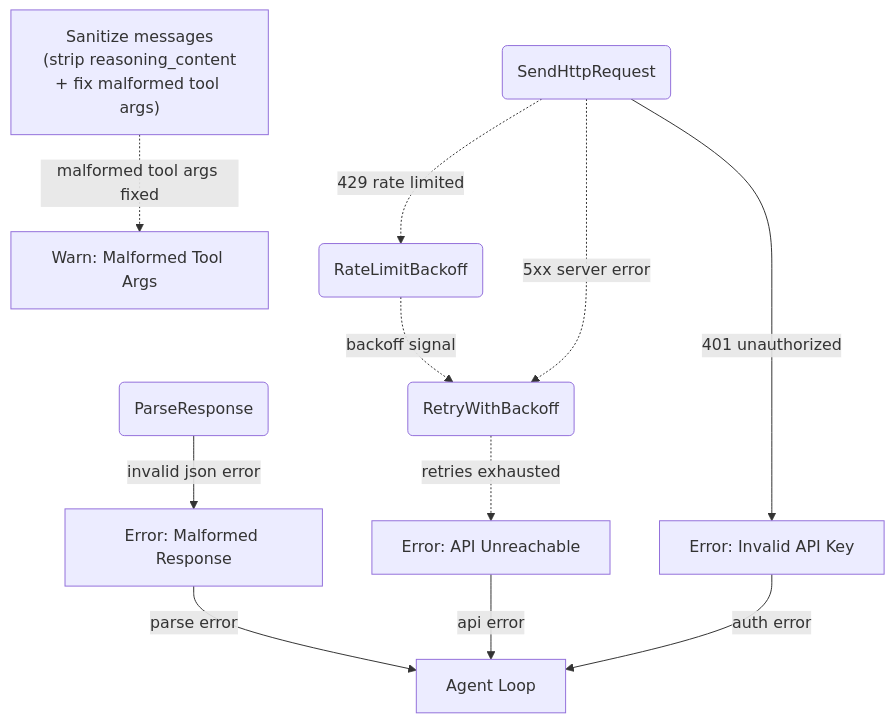
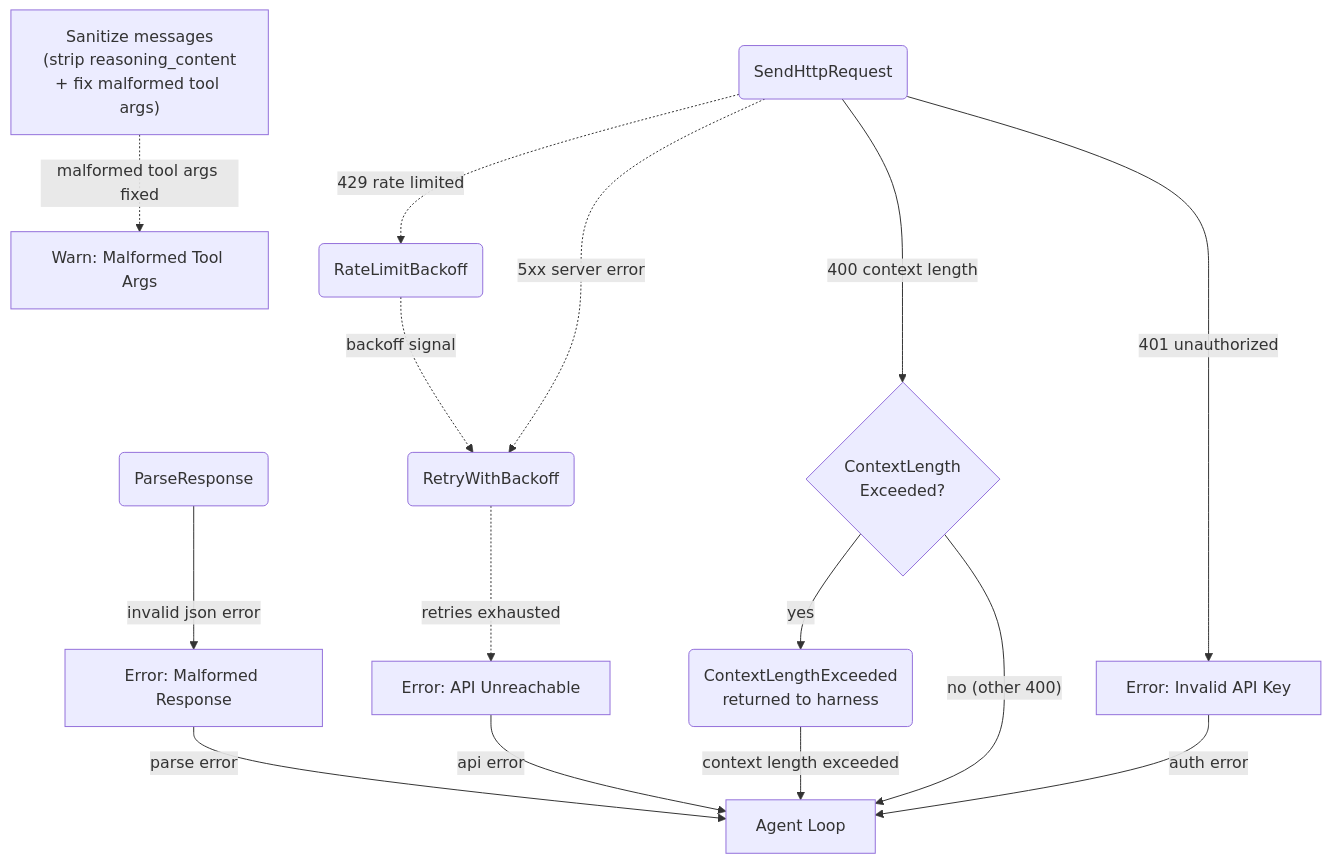
Before and after one commit to cosmoswafer/rockbot: the second of 3 diagrams in _dfds/base/ai-provider.md, drawn with Mermaid. The commit also changed other lines of this file and 6 other files, not shown here.

First line of the commit message:
fix: handle provider context-length errors with compression retry

````diff
--- a/_dfds/base/ai-provider.md
+++ b/_dfds/base/ai-provider.md
@@ -44,24 +44,30 @@
 ```mermaid
 flowchart TD
     HTTP(SendHttpRequest)
     PARSE(ParseResponse)
     RATE(RateLimitBackoff)
     RETRY(RetryWithBackoff)
+    CTX_ERR{ContextLength<br/>Exceeded?}
+    CTX_RET(ContextLengthExceeded<br/>returned to harness)
     ERR_API[Error: API Unreachable]
     ERR_PARSE[Error: Malformed Response]
     ERR_AUTH[Error: Invalid API Key]
     AGENT[Agent Loop]
     SANITIZE["Sanitize messages<br/>(strip reasoning_content<br/>+ fix malformed tool args)"]
     WARN[Warn: Malformed Tool Args]
 
     HTTP -.->|"429 rate limited"| RATE
     RATE -.->|"backoff signal"| RETRY
     HTTP -.->|"5xx server error"| RETRY
     RETRY -.->|"retries exhausted"| ERR_API
+    HTTP -->|"400 context length"| CTX_ERR
+    CTX_ERR -->|"yes"| CTX_RET
+    CTX_ERR -->|"no (other 400)"| AGENT
     HTTP -->|"401 unauthorized"| ERR_AUTH
     PARSE -->|"invalid json error"| ERR_PARSE
     ERR_API -->|"api error"| AGENT
     ERR_AUTH -->|"auth error"| AGENT
     ERR_PARSE -->|"parse error"| AGENT
+    CTX_RET -->|"context length exceeded"| AGENT
     SANITIZE -.->|"malformed tool args fixed"| WARN
 ```
````
